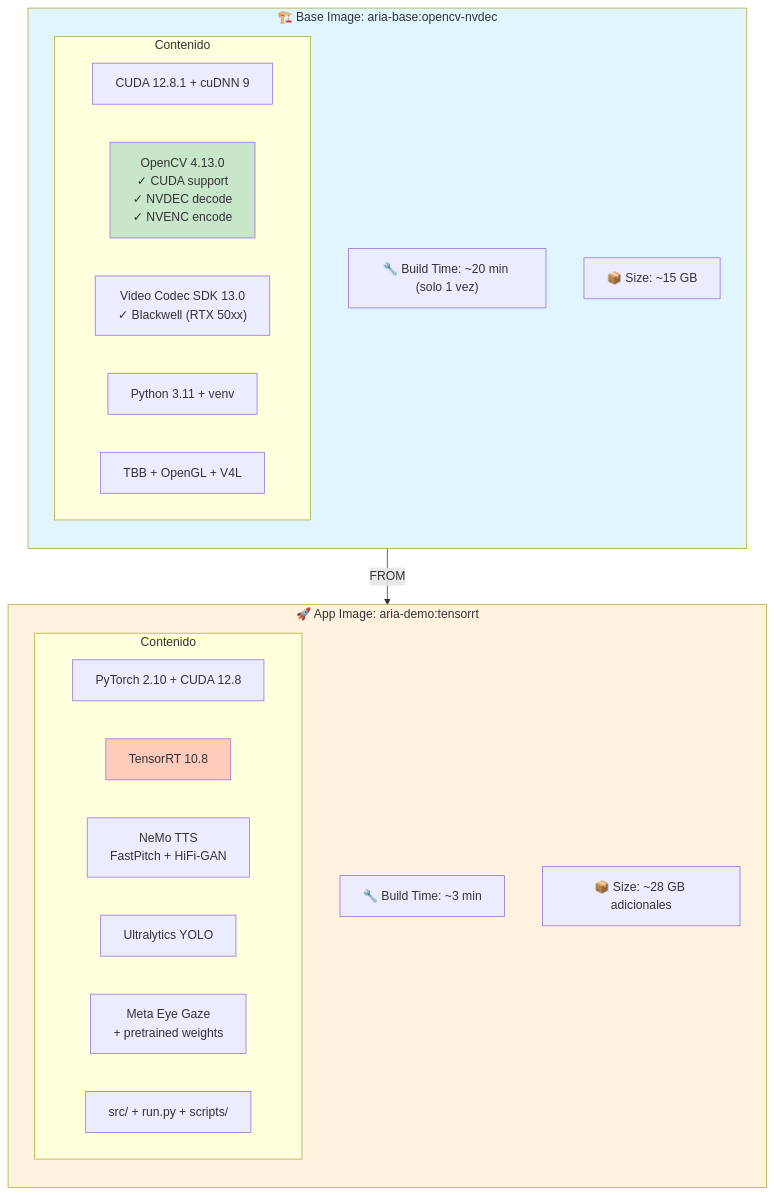
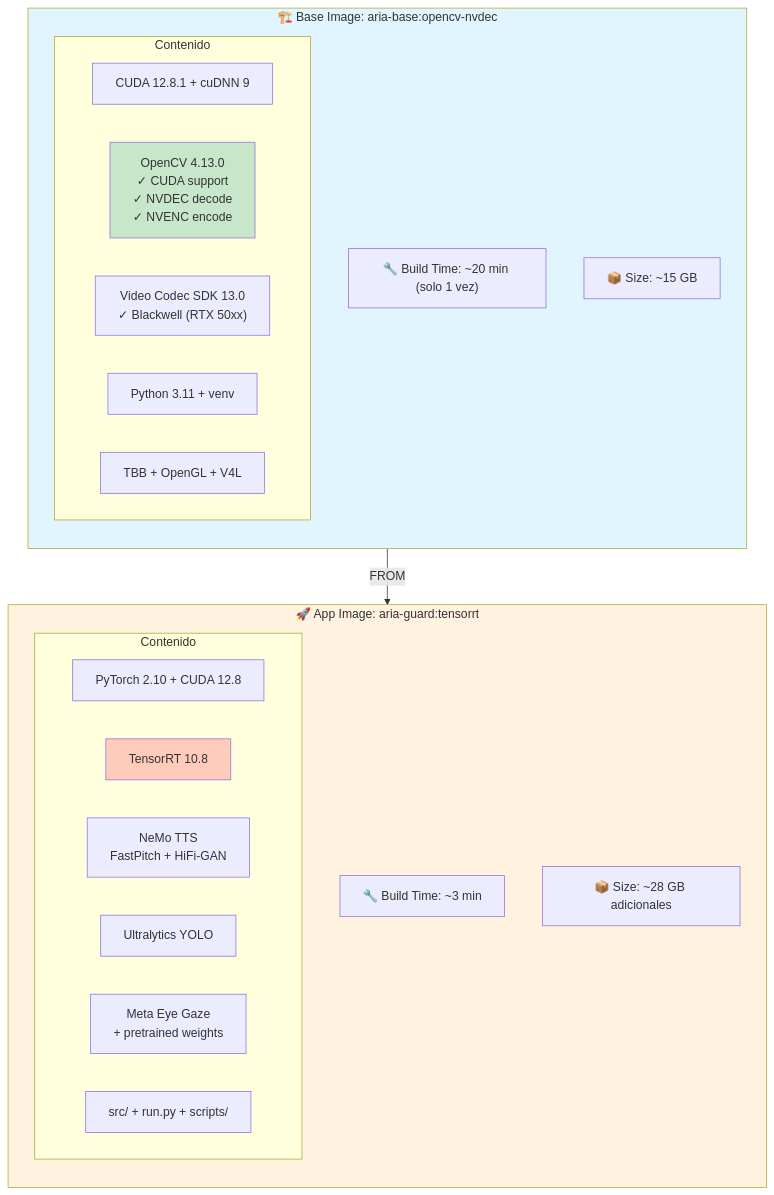
One commit to robertteleng/aria-guard changed the first of 5 diagrams in docs/DOCKER.md. Above: the diagram before and after it, drawn with Mermaid. The commit also changed other lines of this file and 12 other files, not shown here.

Commit message:
refactor: rename aria-demo to aria-guard across all references

````diff
--- a/docs/DOCKER.md
+++ b/docs/DOCKER.md
@@ -7,38 +7,38 @@
 ```mermaid
 graph TB
     subgraph BASE["🏗️ Base Image: aria-base:opencv-nvdec"]
         direction TB
         B1["🔧 Build Time: ~20 min (solo 1 vez)"]
         B2["📦 Size: ~15 GB"]
 
         subgraph BASE_CONTENT["Contenido"]
             CUDA["CUDA 12.8.1 + cuDNN 9"]
             OPENCV["OpenCV 4.13.0<br/>✓ CUDA support<br/>✓ NVDEC decode<br/>✓ NVENC encode"]
             NVCODEC["Video Codec SDK 13.0<br/>✓ Blackwell (RTX 50xx)"]
             PYTHON["Python 3.11 + venv"]
             TBB["TBB + OpenGL + V4L"]
         end
     end
 
-    subgraph APP["🚀 App Image: aria-demo:tensorrt"]
+    subgraph APP["🚀 App Image: aria-guard:tensorrt"]
         direction TB
         A1["🔧 Build Time: ~3 min"]
         A2["📦 Size: ~28 GB adicionales"]
 
         subgraph APP_CONTENT["Contenido"]
             TORCH["PyTorch 2.10 + CUDA 12.8"]
             TRT["TensorRT 10.8"]
             NEMO["NeMo TTS<br/>FastPitch + HiFi-GAN"]
             YOLO["Ultralytics YOLO"]
             GAZE["Meta Eye Gaze<br/>+ pretrained weights"]
             CODE["src/ + run.py + scripts/"]
         end
     end
 
     BASE --> |"FROM"| APP
 
     style BASE fill:#e1f5fe
     style APP fill:#fff3e0
     style OPENCV fill:#c8e6c9
     style TRT fill:#ffccbc
 ```
````
